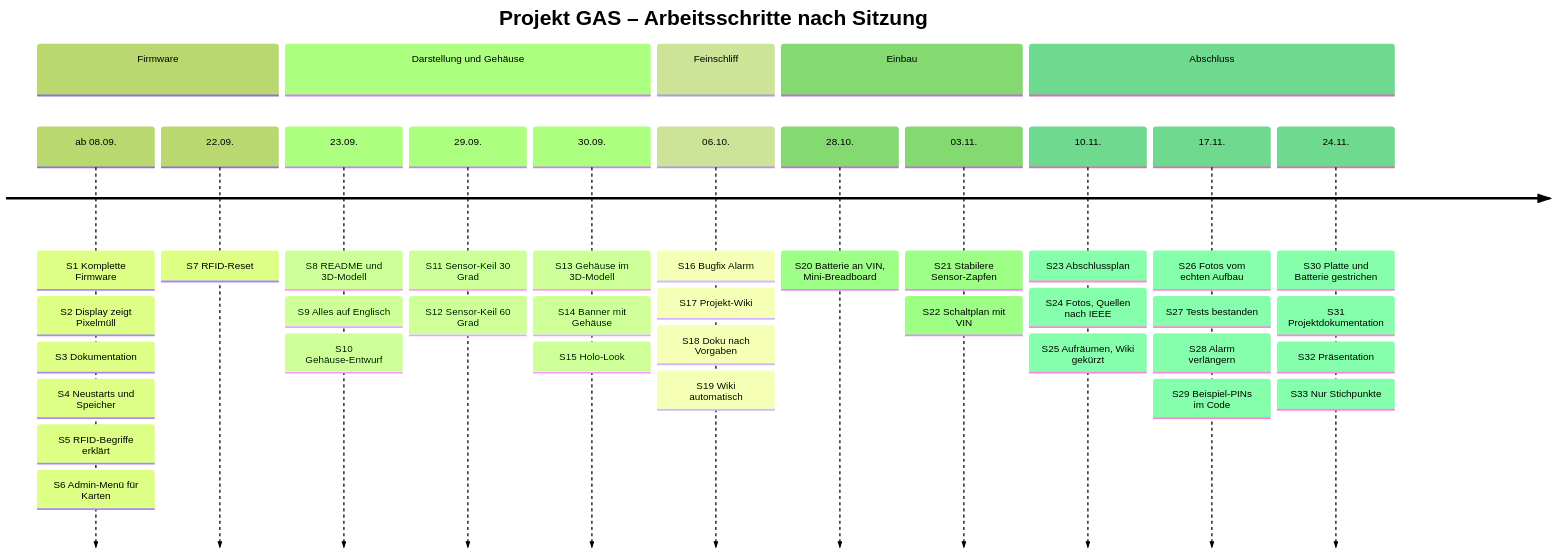
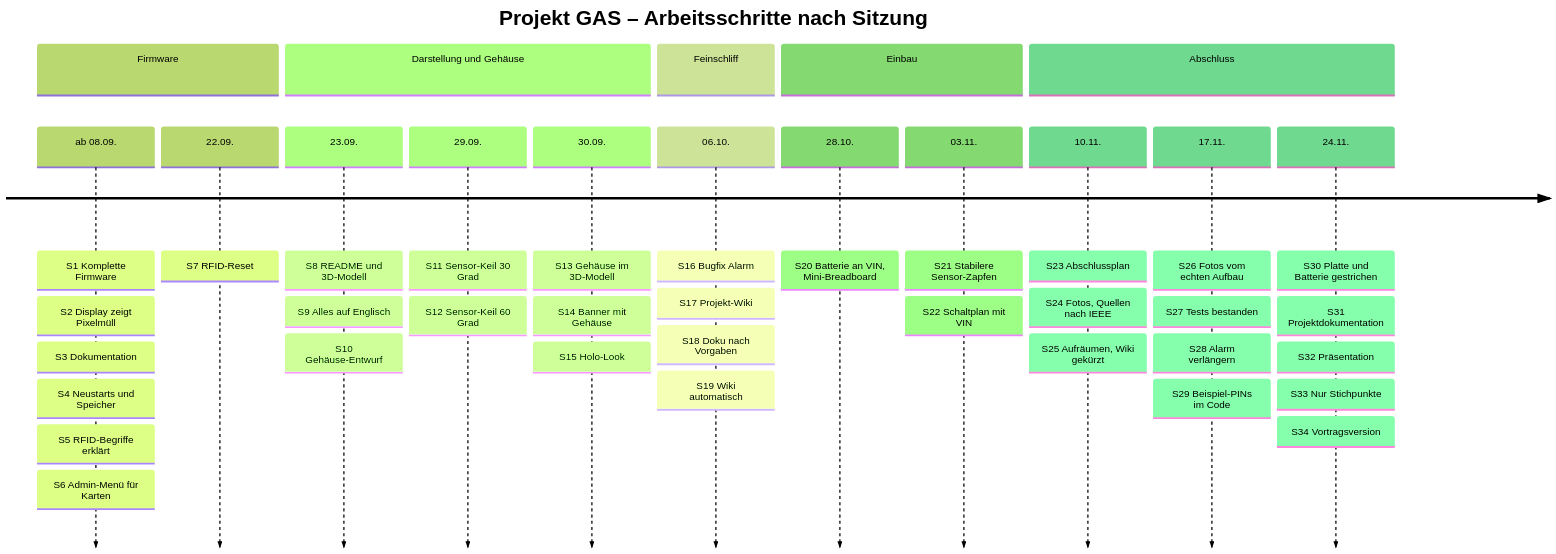
The first of 3 diagrams in wiki/Entwicklungsverlauf.md (BBZ-AIFS51/LF7-Projekt_GAS), drawn with Mermaid (forest theme) before and after one commit. The commit also changed other lines of this file and 13 other files, not shown here.

````diff
--- a/wiki/Entwicklungsverlauf.md
+++ b/wiki/Entwicklungsverlauf.md
@@ -23,42 +23,43 @@
 ```mermaid
 timeline
     title Projekt GAS – Arbeitsschritte nach Sitzung
     section Firmware
         ab 08.09. : S1 Komplette Firmware
                   : S2 Display zeigt Pixelmüll
                   : S3 Dokumentation
                   : S4 Neustarts und Speicher
                   : S5 RFID-Begriffe erklärt
                   : S6 Admin-Menü für Karten
         22.09. : S7 RFID-Reset
     section Darstellung und Gehäuse
         23.09. : S8 README und 3D-Modell
                : S9 Alles auf Englisch
                : S10 Gehäuse-Entwurf
         29.09. : S11 Sensor-Keil 30 Grad
                : S12 Sensor-Keil 60 Grad
         30.09. : S13 Gehäuse im 3D-Modell
                : S14 Banner mit Gehäuse
                : S15 Holo-Look
     section Feinschliff
         06.10. : S16 Bugfix Alarm
                : S17 Projekt-Wiki
                : S18 Doku nach Vorgaben
                : S19 Wiki automatisch
     section Einbau
         28.10. : S20 Batterie an VIN, Mini-Breadboard
         03.11. : S21 Stabilere Sensor-Zapfen
                : S22 Schaltplan mit VIN
     section Abschluss
         10.11. : S23 Abschlussplan
                : S24 Fotos, Quellen nach IEEE
                : S25 Aufräumen, Wiki gekürzt
         17.11. : S26 Fotos vom echten Aufbau
                : S27 Tests bestanden
                : S28 Alarm verlängern
                : S29 Beispiel-PINs im Code
         24.11. : S30 Platte und Batterie gestrichen
                : S31 Projektdokumentation
                : S32 Präsentation
                : S33 Nur Stichpunkte
+               : S34 Vortragsversion
 ```
````
